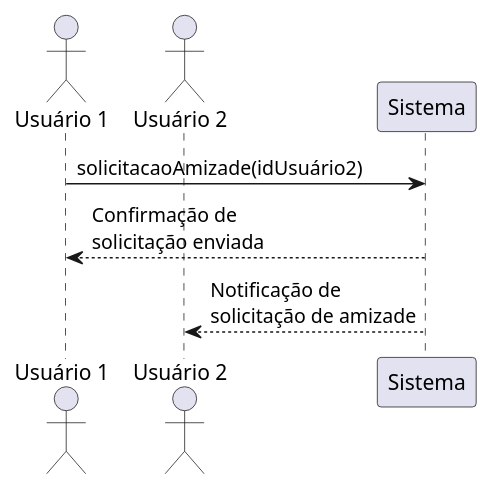
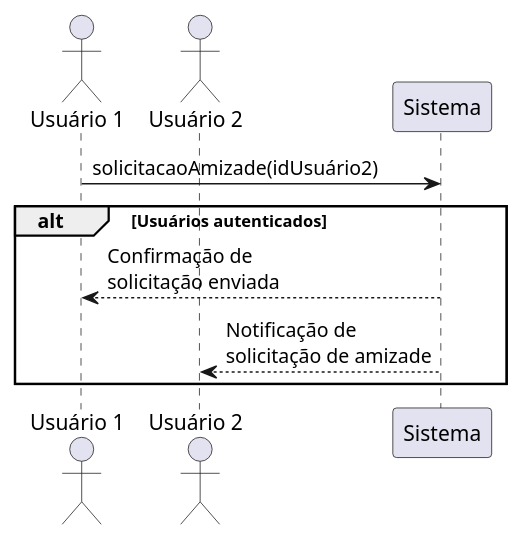
The diagram in diagrams/dss/dss_solicitacao_amizade.puml (davidlpgomes/places), drawn with PlantUML before and after one commit.

Commit message:
fix: dss "solicitar amizade"

```diff
--- a/diagrams/dss/dss_solicitacao_amizade.puml
+++ b/diagrams/dss/dss_solicitacao_amizade.puml
@@ -1,9 +1,14 @@
 @startuml
 actor Usuario1 as "Usuário 1"
 actor Usuario2 as "Usuário 2"
 
+
 Usuario1 -> Sistema: solicitacaoAmizade(idUsuário2)
-Sistema --> Usuario1: Confirmação de \nsolicitação enviada
-Sistema --> Usuario2: Notificação de\nsolicitação de amizade
+
+alt Usuários autenticados
+    Sistema --> Usuario1: Confirmação de \nsolicitação enviada
+
+    Sistema --> Usuario2: Notificação de\nsolicitação de amizade
+end
 
 @enduml
```
